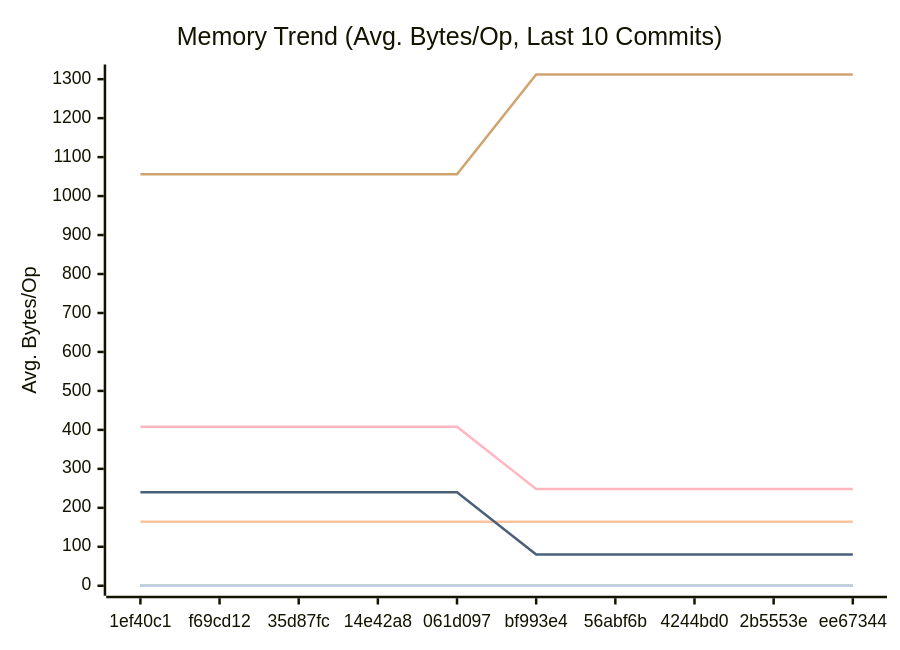
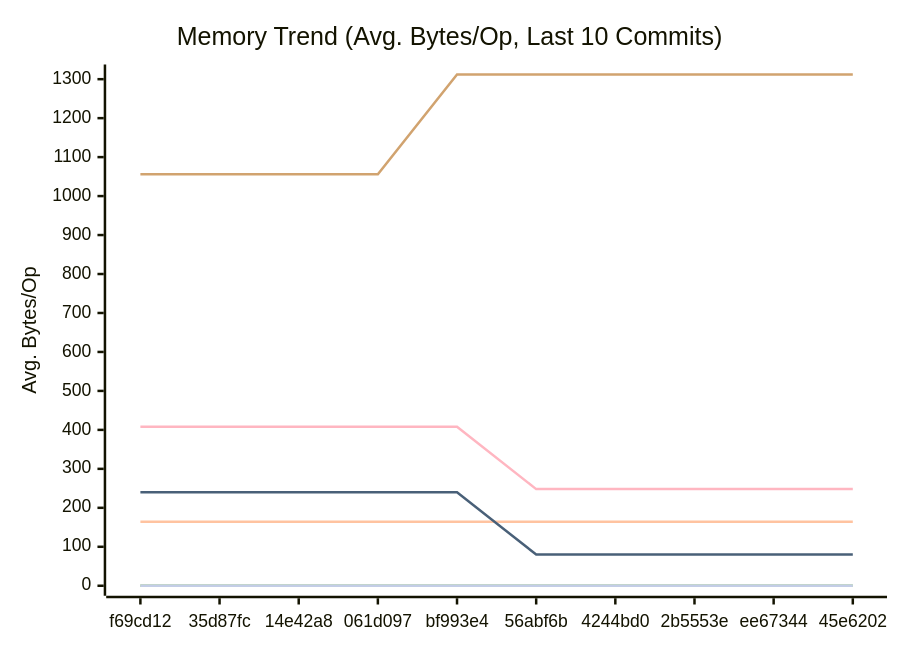
One commit to alsotoes/momo changed the second of 3 diagrams in docs/PERFORMANCE.md. Above: the diagram before and after it, drawn with Mermaid. The commit also changed other lines of this file and 2 other files, not shown here.

````diff
--- a/docs/PERFORMANCE.md
+++ b/docs/PERFORMANCE.md
@@ -97,16 +97,16 @@
 ```mermaid
 xychart-beta
     title "Memory Trend (Avg. Bytes/Op, Last 10 Commits)"
     x-axis "Commit"
     y-axis "Avg. Bytes/Op"
-    x-axis [1ef40c1,f69cd12,35d87fc,14e42a8,061d097,bf993e4,56abf6b,4244bd0,2b5553e,ee67344]
+    x-axis [f69cd12,35d87fc,14e42a8,061d097,bf993e4,56abf6b,4244bd0,2b5553e,ee67344,45e6202]
     line "CheckMetricsAndSwap" [0,0,0,0,0,0,0,0,0,0]
     line "CrushOptimized" [0,0,0,0,0,0,0,0,0,0]
     line "CrushOriginal" [164,164,164,164,164,164,164,164,164,164]
     line "IndexDirectTracking" [0,0,0,0,0,0,0,0,0,0]
     line "IndexSearch" [0,0,0,0,0,0,0,0,0,0]
-    line "LoadGlobalConfig" [1056,1056,1056,1056,1056,1312,1312,1312,1312,1312]
+    line "LoadGlobalConfig" [1056,1056,1056,1056,1312,1312,1312,1312,1312,1312]
     line "PadString" [0,0,0,0,0,0,0,0,0,0]
     line "ParseReplicationOrder_NoPrealloc" [408,408,408,408,408,248,248,248,248,248]
     line "ParseReplicationOrder_Prealloc" [240,240,240,240,240,80,80,80,80,80]
 ```
````
